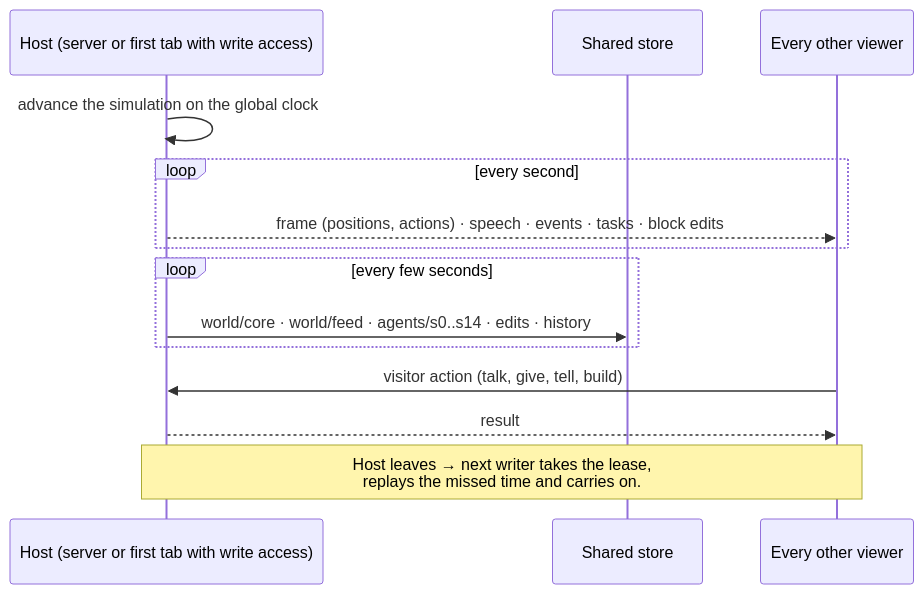
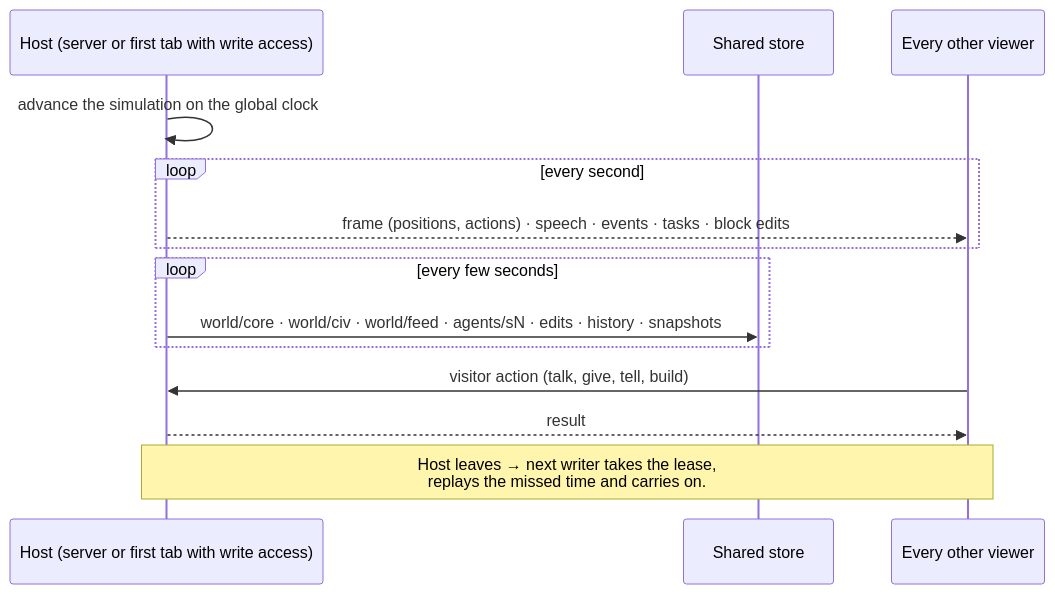
Before and after one commit to pastpita/ai-craft: the ninth of 9 diagrams in README.md, drawn with Mermaid. The commit also changed other lines of this file and 23 other files, not shown here.

````diff
--- a/README.md
+++ b/README.md
@@ -266,16 +317,16 @@
 ```mermaid
 sequenceDiagram
     participant H as Host (server or first tab with write access)
     participant DB as Shared store
     participant V as Every other viewer
     H->>H: advance the simulation on the global clock
     loop every second
       H-->>V: frame (positions, actions) · speech · events · tasks · block edits
     end
     loop every few seconds
-      H->>DB: world/core · world/feed · agents/s0..s14 · edits · history
+      H->>DB: world/core · world/civ · world/feed · agents/sN · edits · history · snapshots
     end
     V->>H: visitor action (talk, give, tell, build)
     H-->>V: result
     Note over H,V: Host leaves → next writer takes the lease,<br/>replays the missed time and carries on.
 ```
````
